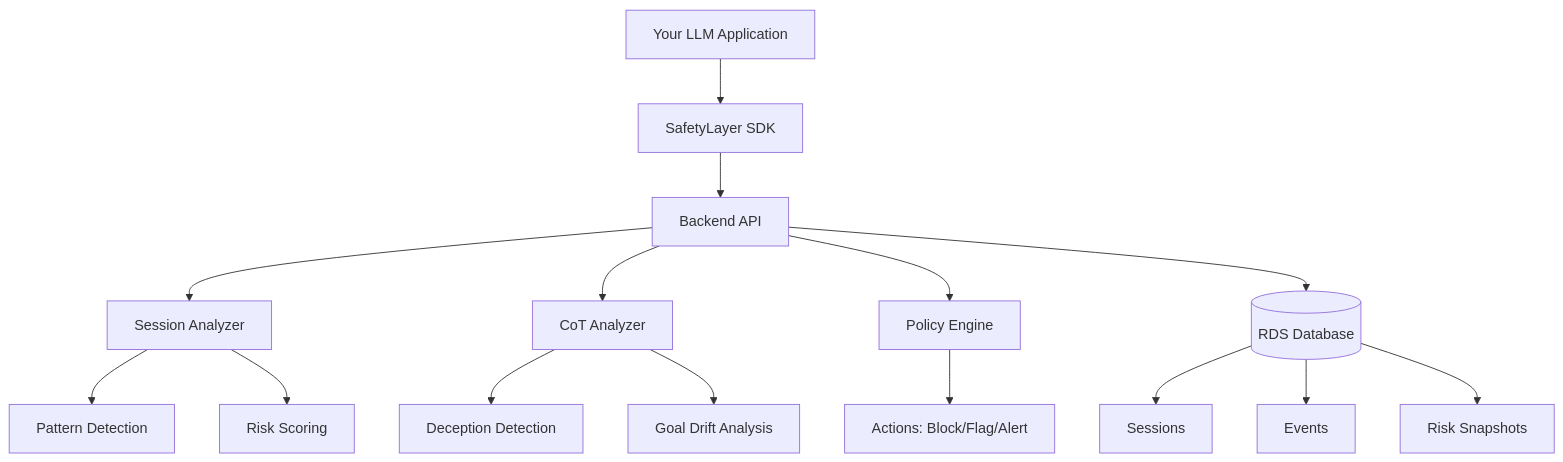
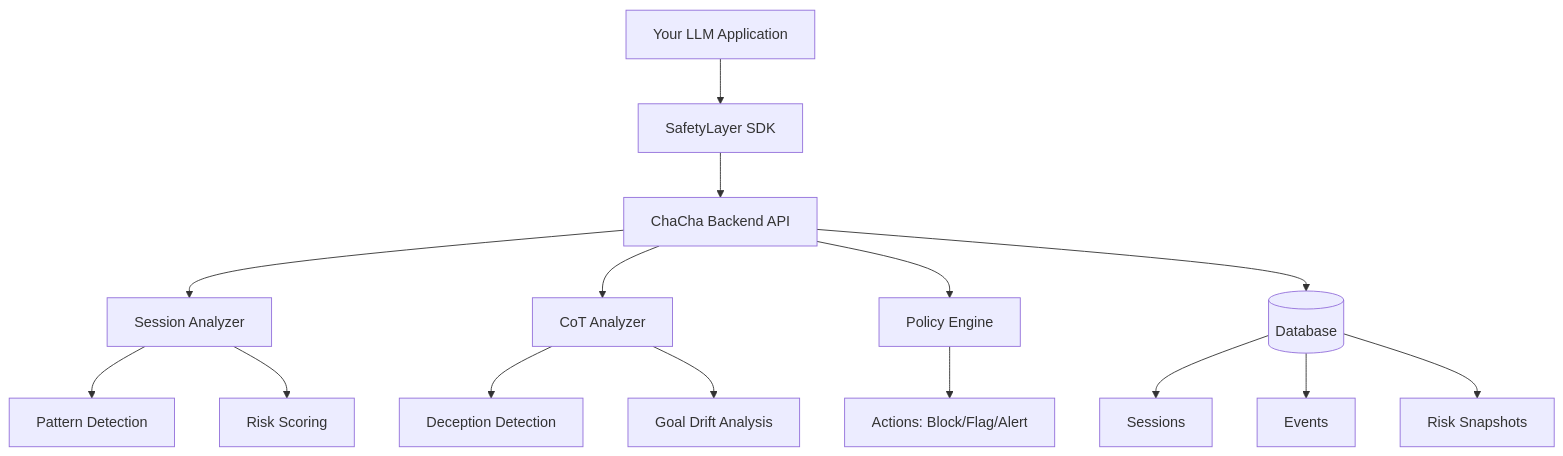
Before and after one commit to conorg000/chachadotai: the diagram in docs/introduction.mdx, drawn with Mermaid. The commit also changed other lines of this file and 11 other files, not shown here.

````diff
--- a/docs/introduction.mdx
+++ b/docs/introduction.mdx
@@ -168,22 +172,22 @@
 ```mermaid
 graph TB
     A[Your LLM Application] --> B[SafetyLayer SDK]
-    B --> C[Backend API]
+    B --> C[ChaCha Backend API]
     
     C --> D[Session Analyzer]
     C --> E[CoT Analyzer]
     C --> F[Policy Engine]
     
     D --> G[Pattern Detection]
     D --> H[Risk Scoring]
     
     E --> I[Deception Detection]
     E --> J[Goal Drift Analysis]
     
     F --> K[Actions: Block/Flag/Alert]
     
-    C --> L[(RDS Database)]
+    C --> L[(Database)]
     L --> M[Sessions]
     L --> N[Events]
     L --> O[Risk Snapshots]
 ```
````
